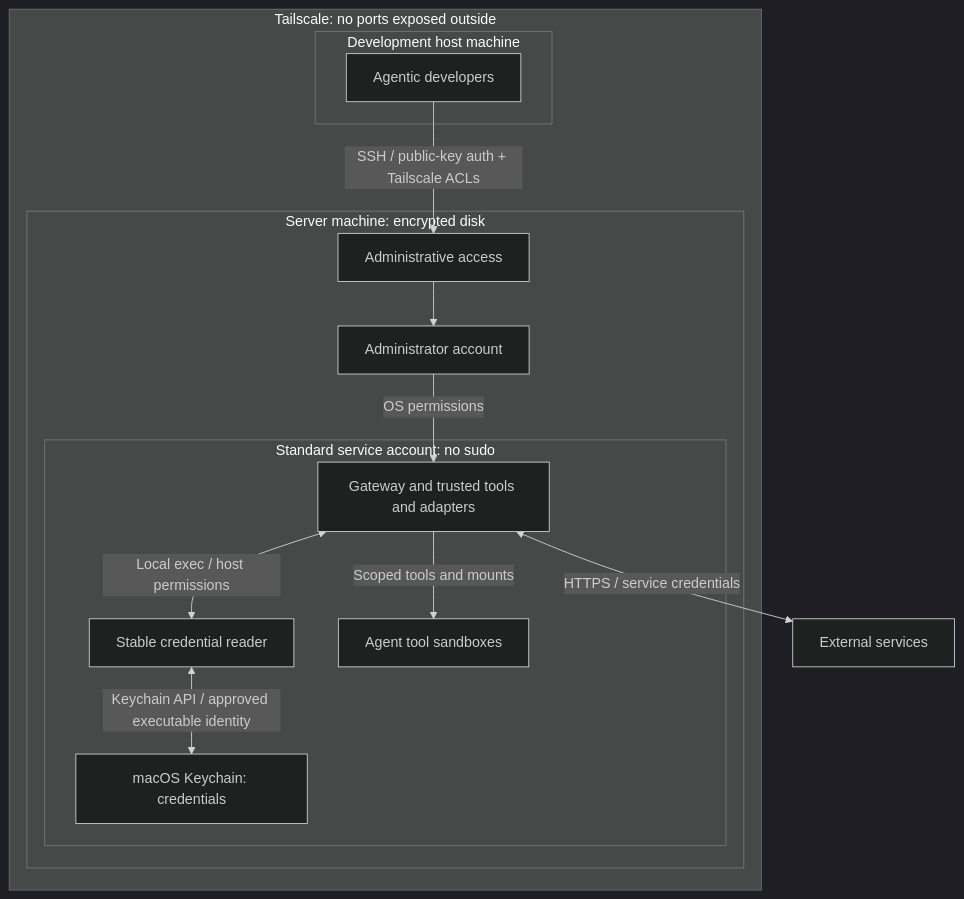
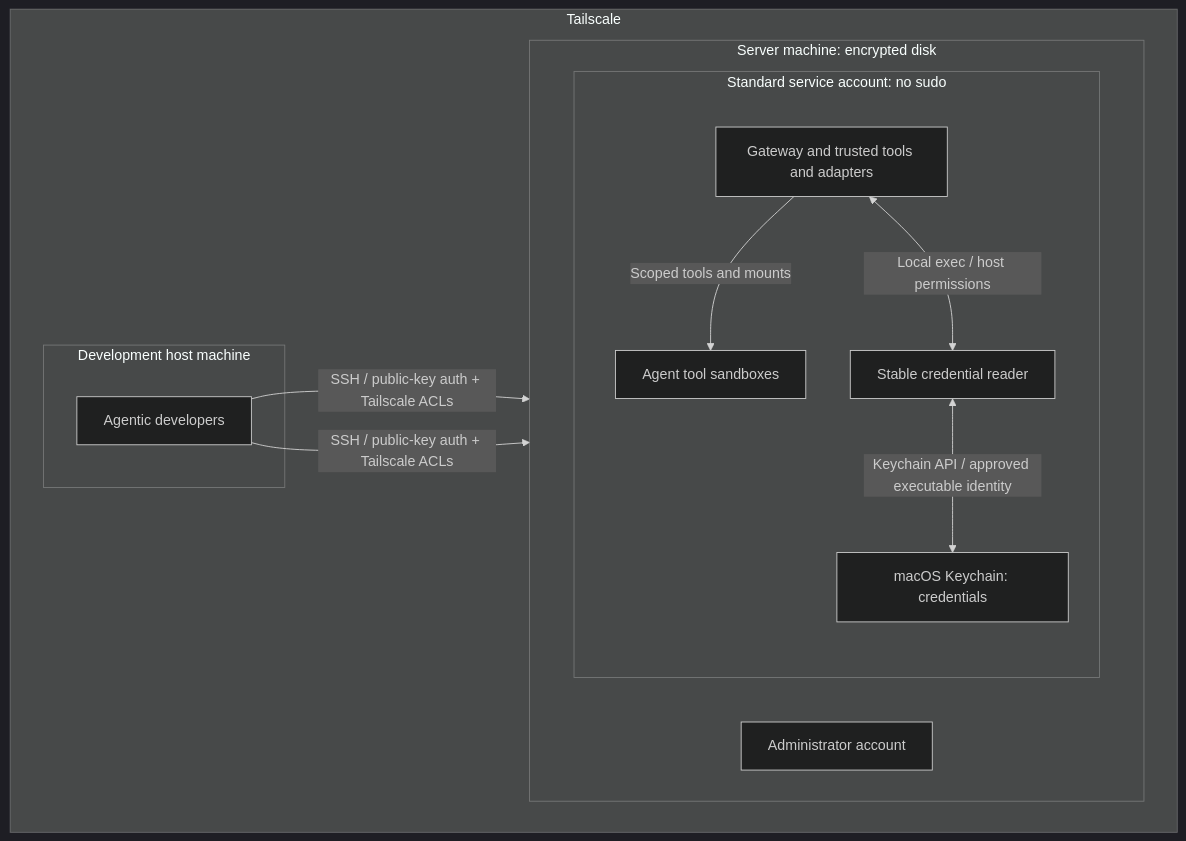
Before and after one commit to coletaylor788/puddles: the second of 5 diagrams in docs/openclaw-setup/security-architecture.md, drawn with Mermaid (dark theme). The commit also changed other lines of this file, not shown here.

````diff
--- a/docs/openclaw-setup/security-architecture.md
+++ b/docs/openclaw-setup/security-architecture.md
@@ -74,27 +64,24 @@
 ```mermaid
 flowchart TB
-    External["External services"]
-    subgraph Tailnet["Tailscale: no ports exposed outside"]
+    subgraph Tailnet["Tailscale"]
         subgraph DevMachine["Development host machine"]
             Developers["Agentic developers"]
         end
         subgraph Machine["Server machine: encrypted disk"]
-            Login["Administrative access"]
+            direction LR
             Admin["Administrator account"]
             subgraph Service["Standard service account: no sudo"]
                 Gateway["Gateway and trusted tools and adapters"]
                 CredentialReader["Stable credential reader"]
                 Keychain["macOS Keychain: credentials"]
                 Sandboxes["Agent tool sandboxes"]
             end
         end
     end
 
-    Developers -->|"SSH / public-key auth + Tailscale ACLs"| Login
-    Login --> Admin
-    Admin -->|"OS permissions"| Gateway
+    Developers -->|"SSH / public-key auth + Tailscale ACLs"| Admin
+    Developers -->|"SSH / public-key auth + Tailscale ACLs"| Service
     Gateway -->|"Scoped tools and mounts"| Sandboxes
     Gateway <-->|"Local exec / host permissions"| CredentialReader
     CredentialReader <-->|"Keychain API / approved executable identity"| Keychain
-    Gateway <-->|"HTTPS / service credentials"| External
 ```
````
